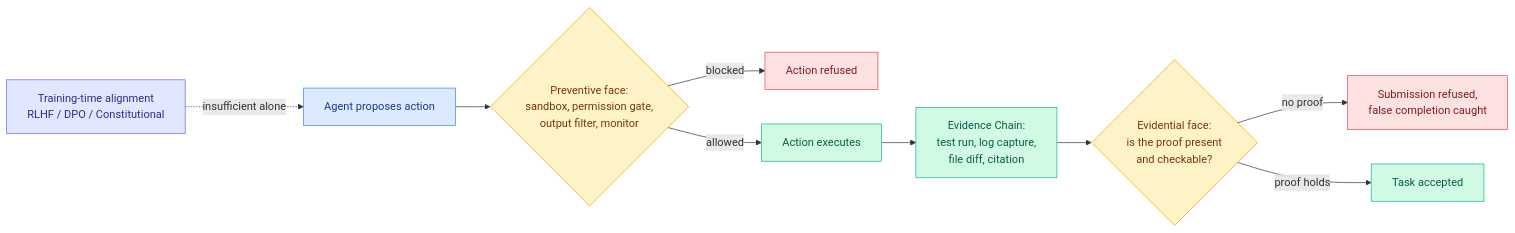
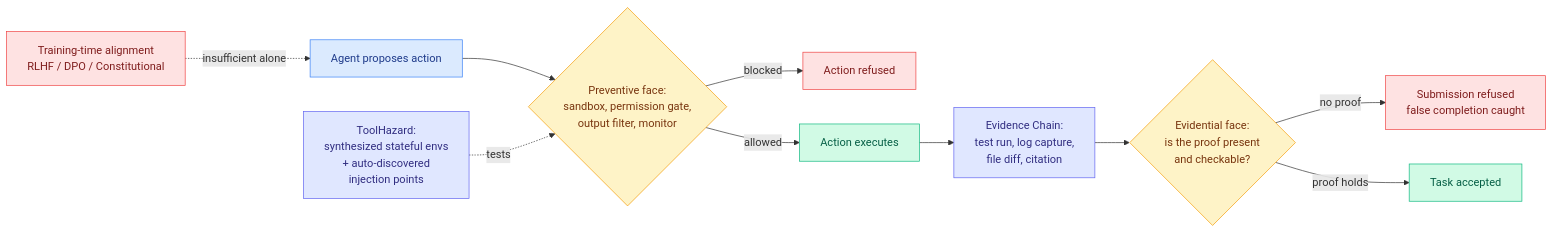
Before and after one commit to bayesiansapien/cere-bro: the second of 7 diagrams in wiki/daily-digest/2026-08/2026-08-13.md, drawn with Mermaid. The commit also changed other lines of this file, not shown here.

````diff
--- a/wiki/daily-digest/2026-08/2026-08-13.md
+++ b/wiki/daily-digest/2026-08/2026-08-13.md
@@ -146,21 +93,22 @@
 ```mermaid
 flowchart LR
   A[Agent proposes action] --> P{Preventive face:<br/>sandbox, permission gate,<br/>output filter, monitor}
   P -->|blocked| X[Action refused]
   P -->|allowed| E[Action executes]
   E --> EV[Evidence Chain:<br/>test run, log capture,<br/>file diff, citation]
   EV --> G{Evidential face:<br/>is the proof present<br/>and checkable?}
-  G -->|no proof| F[Submission refused,<br/>false completion caught]
+  G -->|no proof| F[Submission refused<br/>false completion caught]
   G -->|proof holds| S[Task accepted]
+  TH[ToolHazard:<br/>synthesized stateful envs<br/>+ auto-discovered<br/>injection points] -.tests.-> P
   T[Training-time alignment<br/>RLHF / DPO / Constitutional] -.insufficient alone.-> A
   classDef input fill:#dbeafe,stroke:#3b82f6,color:#1e3a8a
   classDef decision fill:#fef3c7,stroke:#f59e0b,color:#78350f
   classDef output fill:#d1fae5,stroke:#10b981,color:#065f46
   classDef warn fill:#fee2e2,stroke:#ef4444,color:#7f1d1d
   classDef aux fill:#e0e7ff,stroke:#6366f1,color:#312e81
   class A input
   class P,G decision
-  class E,EV,S output
-  class X,F warn
-  class T aux
+  class S,E output
+  class X,F,T warn
+  class EV,TH aux
 ```
````
